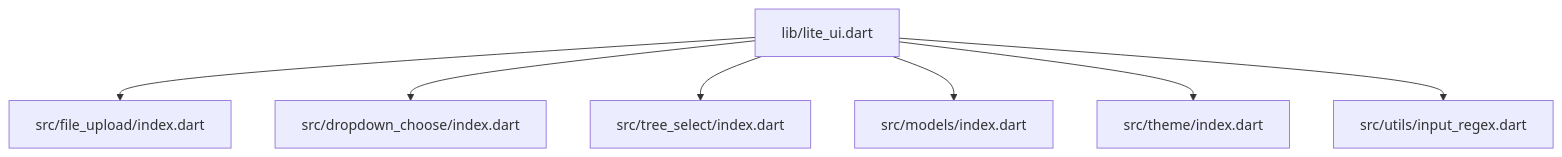
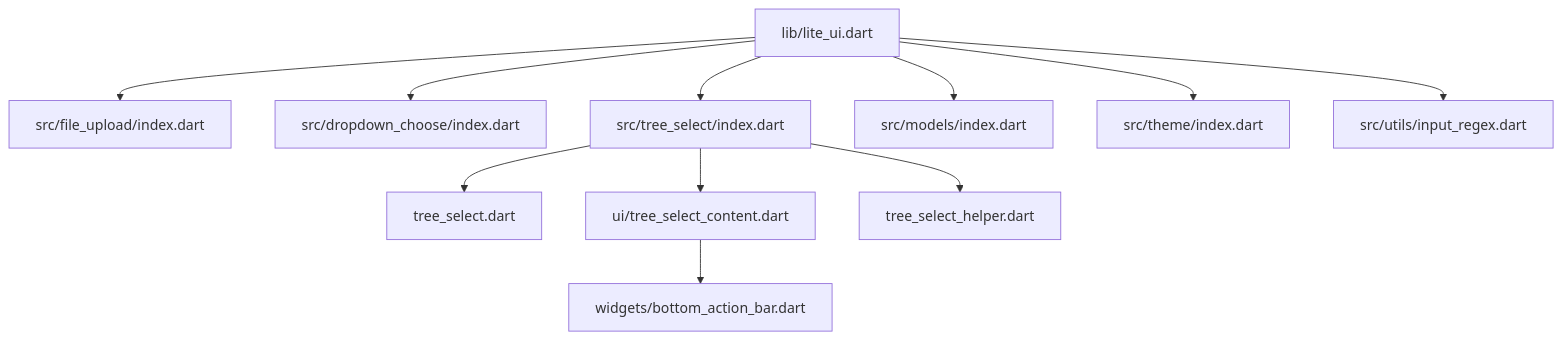
The first of 8 diagrams in .qoder/repowiki/zh/content/API 参考/高级组件 API/高级组件 API.md (yuzhido/lite-ui), drawn with Mermaid before and after one commit. The commit also changed other lines of this file and 22 other files, not shown here.

````diff
--- a/.qoder/repowiki/zh/content/API 参考/高级组件 API/高级组件 API.md
+++ b/.qoder/repowiki/zh/content/API 参考/高级组件 API/高级组件 API.md
@@ -55,9 +58,13 @@
 ```mermaid
 graph TB
 A["lib/lite_ui.dart"] --> B["src/file_upload/index.dart"]
 A --> C["src/dropdown_choose/index.dart"]
 A --> D["src/tree_select/index.dart"]
 A --> E["src/models/index.dart"]
 A --> F["src/theme/index.dart"]
 A --> G["src/utils/input_regex.dart"]
+D --> H["tree_select.dart"]
+D --> I["ui/tree_select_content.dart"]
+D --> J["tree_select_helper.dart"]
+I --> K["widgets/bottom_action_bar.dart"]
 ```
````
